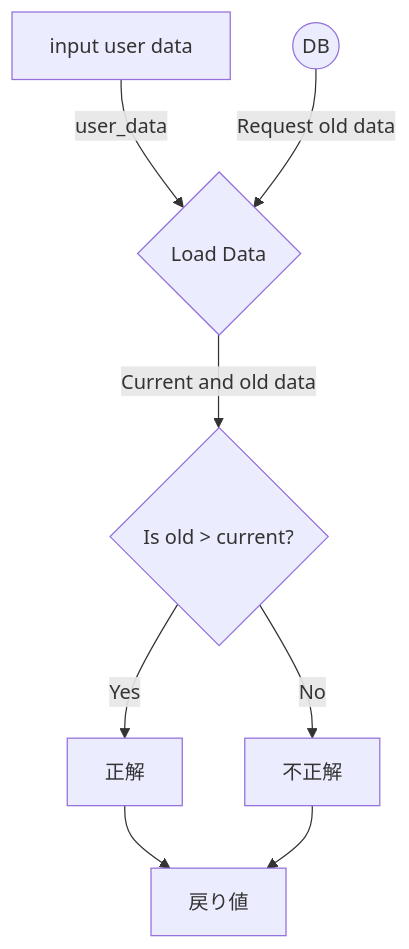
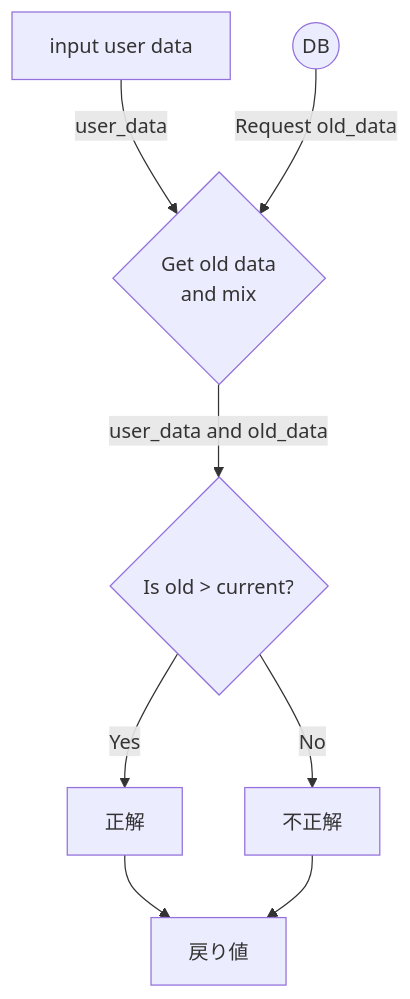
Before and after one commit to lamplusoka/train_Muscle: the second of 2 diagrams in flow.md, drawn with Mermaid. The commit also changed other lines of this file, not shown here.

Commit message:
flow.md updated from https://stackedit.io/

````diff
--- a/flow.md
+++ b/flow.md
@@ -30,10 +30,10 @@
 ```mermaid
 graph TD
-Start[input user data] -- user_data --> LoadData{Load Data}
-DB((DB)) -- Request old data --> LoadData
-LoadData -- Current and old data --> IF1{Is old > current?}
+Start[input user data] -- user_data --> LoadData{Get old data<br>and mix}
+DB((DB)) -- Request old_data --> LoadData
+LoadData -- user_data and old_data --> IF1{Is old > current?}
 IF1-- Yes --> OK[正解]
 IF1-- No --> NG[不正解]
 OK --> End[戻り値]
 NG --> End
 ```
````
